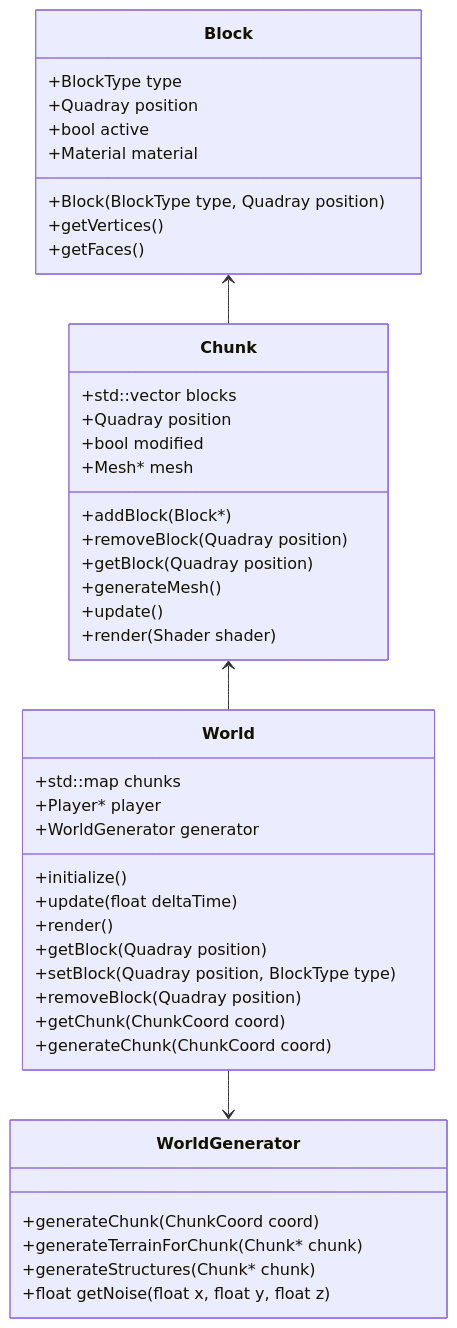
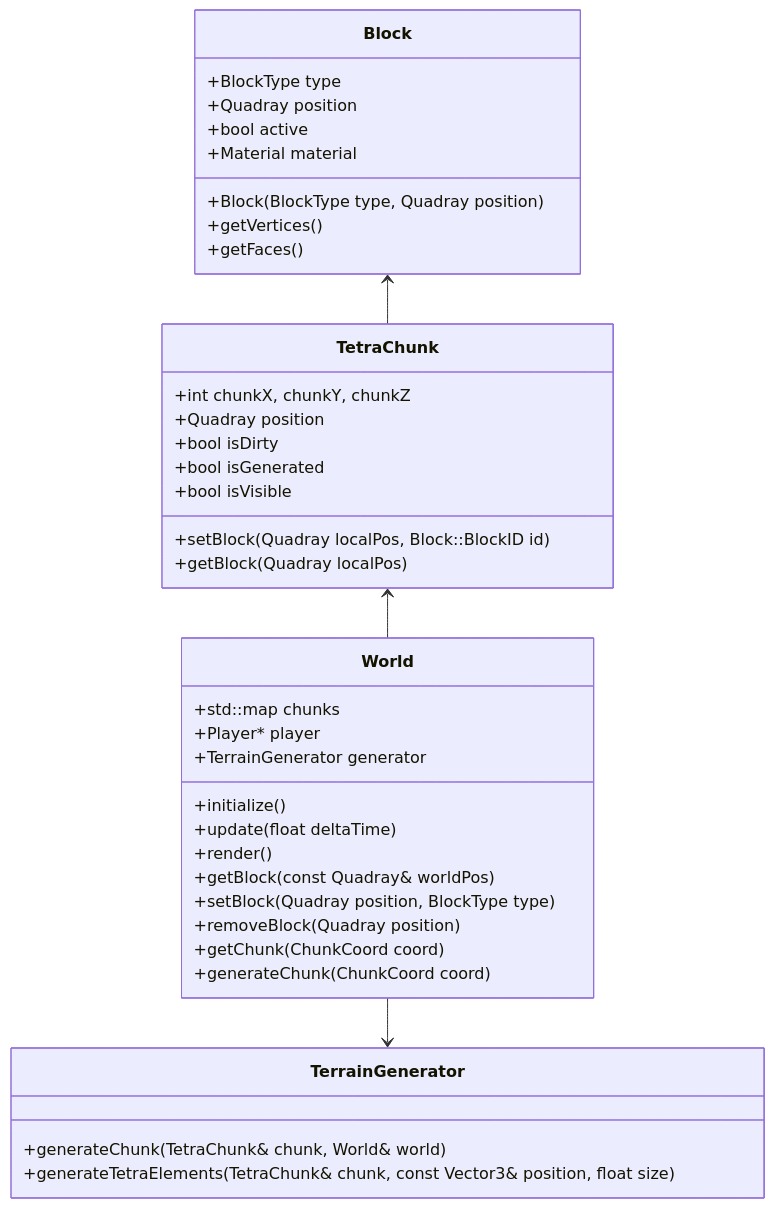
One commit to docxology/QuadCraft changed the sixth of 22 diagrams in docs/development/architecture.md. Above: the diagram before and after it, drawn with Mermaid. The commit also changed other lines of this file and 107 other files, not shown here.

````diff
--- a/docs/development/architecture.md
+++ b/docs/development/architecture.md
@@ -241,50 +244,45 @@
 ```mermaid
 classDiagram
     class Block {
         +BlockType type
         +Quadray position
         +bool active
         +Material material
         +Block(BlockType type, Quadray position)
         +getVertices()
         +getFaces()
     }
     
-    class Chunk {
-        +std::vector<Block*> blocks
+    class TetraChunk {
+        +int chunkX, chunkY, chunkZ
         +Quadray position
-        +bool modified
-        +Mesh* mesh
-        +addBlock(Block*)
-        +removeBlock(Quadray position)
-        +getBlock(Quadray position)
-        +generateMesh()
-        +update()
-        +render(Shader shader)
+        +bool isDirty
+        +bool isGenerated
+        +bool isVisible
+        +setBlock(Quadray localPos, Block::BlockID id)
+        +getBlock(Quadray localPos)
     }
     
     class World {
-        +std::map<ChunkCoord, Chunk*> chunks
+        +std::map<ChunkCoord, TetraChunk*> chunks
         +Player* player
-        +WorldGenerator generator
+        +TerrainGenerator generator
         +initialize()
         +update(float deltaTime)
         +render()
-        +getBlock(Quadray position)
+        +getBlock(const Quadray& worldPos)
         +setBlock(Quadray position, BlockType type)
         +removeBlock(Quadray position)
         +getChunk(ChunkCoord coord)
         +generateChunk(ChunkCoord coord)
     }
     
-    class WorldGenerator {
-        +generateChunk(ChunkCoord coord)
-        +generateTerrainForChunk(Chunk* chunk)
-        +generateStructures(Chunk* chunk)
-        +float getNoise(float x, float y, float z)
+    class TerrainGenerator {
+        +generateChunk(TetraChunk& chunk, World& world)
+        +generateTetraElements(TetraChunk& chunk, const Vector3& position, float size)
     }
     
-    Block <-- Chunk
-    Chunk <-- World
-    World --> WorldGenerator
+    Block <-- TetraChunk
+    TetraChunk <-- World
+    World --> TerrainGenerator
 ```
````
